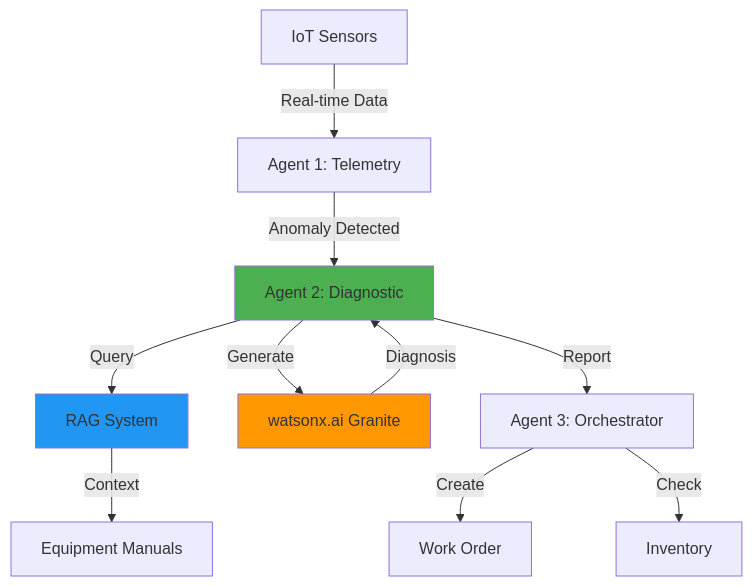
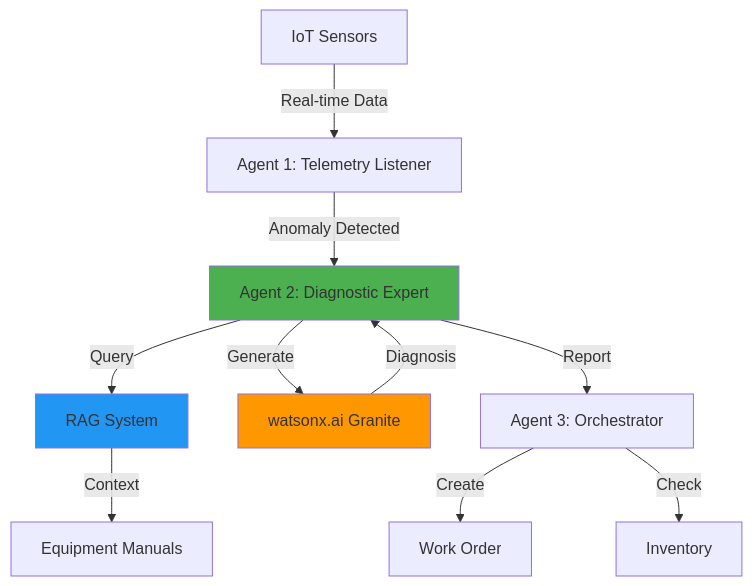
Before and after one commit to EmreCelenli/SyncOpsAI: the diagram in README.md, drawn with Mermaid. The commit also changed other lines of this file and 4 other files, not shown here.

````diff
--- a/README.md
+++ b/README.md
@@ -86,16 +11,16 @@
 ```mermaid
 graph TB
-    A[IoT Sensors] -->|Real-time Data| B[Agent 1: Telemetry]
-    B -->|Anomaly Detected| C[Agent 2: Diagnostic]
+    A[IoT Sensors] -->|Real-time Data| B[Agent 1: Telemetry Listener]
+    B -->|Anomaly Detected| C[Agent 2: Diagnostic Expert]
     C -->|Query| D[RAG System]
     D -->|Context| E[Equipment Manuals]
     C -->|Generate| F[watsonx.ai Granite]
     F -->|Diagnosis| C
     C -->|Report| G[Agent 3: Orchestrator]
     G -->|Create| H[Work Order]
     G -->|Check| I[Inventory]
-    
+
     style C fill:#4CAF50
     style F fill:#FF9800
     style D fill:#2196F3
 ```
````
